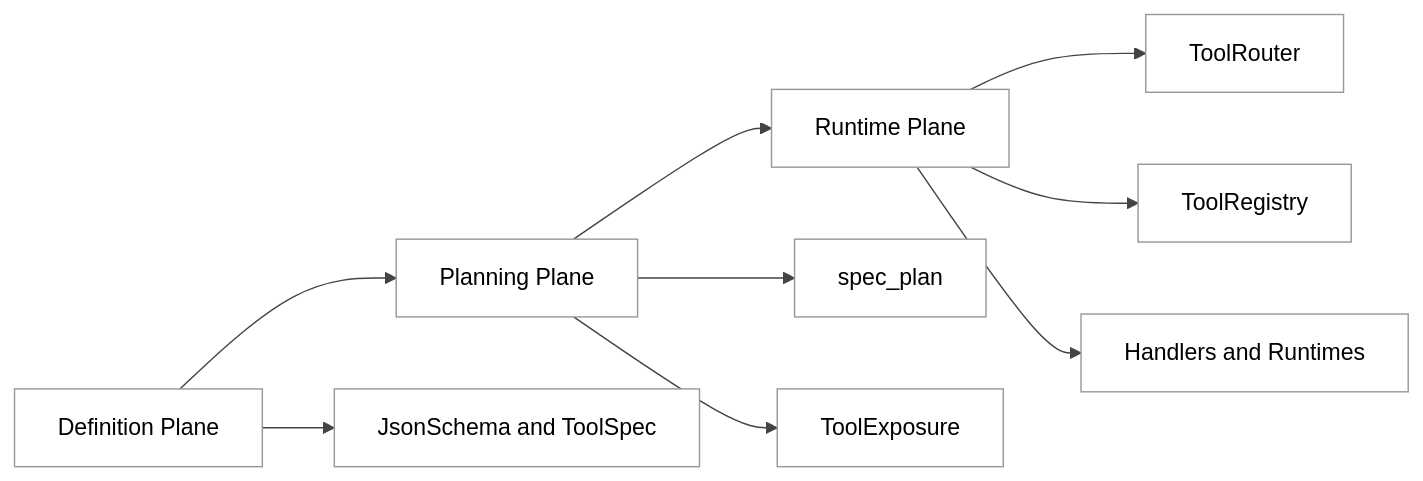
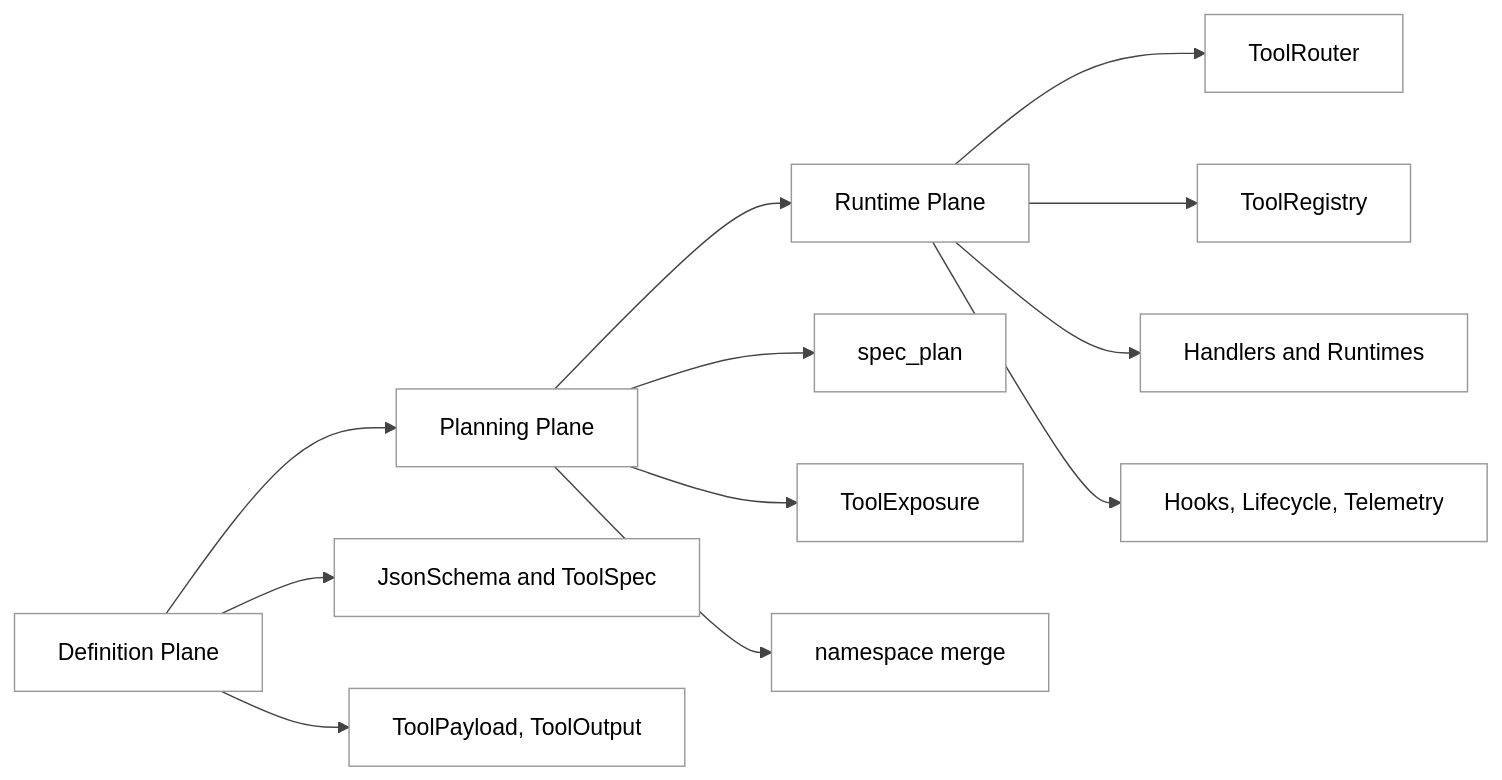
Before and after one commit to GLBB/codex-source-analysis: the first of 5 diagrams in Part II Source Analysis/09-工具系统总览.md, drawn with Mermaid. The commit also changed other lines of this file and 12 other files, not shown here.

````diff
--- a/Part II Source Analysis/09-工具系统总览.md
+++ b/Part II Source Analysis/09-工具系统总览.md
@@ -74,12 +122,15 @@
 ```mermaid
 %%{init: {"theme":"neutral","themeCSS":"svg { background: #ffffff !important; } .label, .nodeLabel, .edgeLabel, .messageText, text { fill: #000000 !important; color: #000000 !important; }","themeVariables":{"background":"#ffffff","mainBkg":"#ffffff","primaryColor":"#ffffff","secondaryColor":"#ffffff","tertiaryColor":"#ffffff","primaryTextColor":"#000000","textColor":"#000000","lineColor":"#444444","primaryBorderColor":"#333333","clusterBkg":"#ffffff","clusterBorder":"#888888","edgeLabelBackground":"#ffffff","fontFamily":"Helvetica"}}}%%
 flowchart LR
     DefPlane["Definition Plane"] --> PlanPlane["Planning Plane"]
     PlanPlane --> RuntimePlane["Runtime Plane"]
     DefPlane --> DefNodeA["JsonSchema and ToolSpec"]
+    DefPlane --> DefNodeB["ToolPayload, ToolOutput"]
     PlanPlane --> PlanNodeA["spec_plan"]
     PlanPlane --> PlanNodeB["ToolExposure"]
+    PlanPlane --> PlanNodeC["namespace merge"]
     RuntimePlane --> RunNodeA["ToolRouter"]
     RuntimePlane --> RunNodeB["ToolRegistry"]
     RuntimePlane --> RunNodeC["Handlers and Runtimes"]
+    RuntimePlane --> RunNodeD["Hooks, Lifecycle, Telemetry"]
 ```
````
